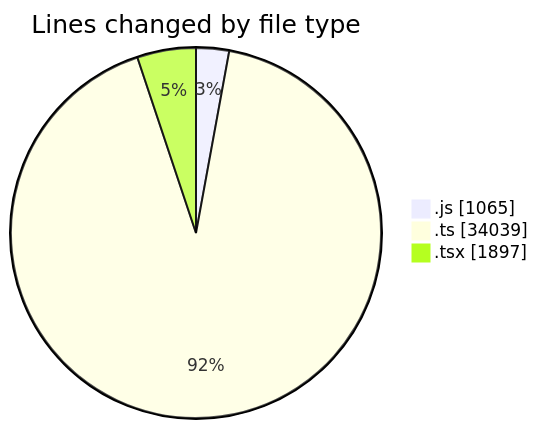
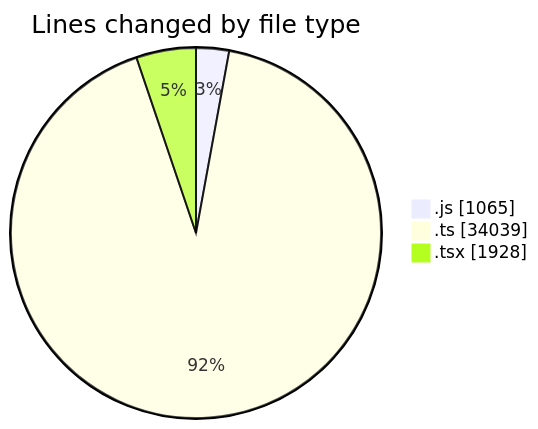
The first of 2 diagrams in 2026-10-06/cda/README.md (momahboobian/code-tracking), drawn with Mermaid before and after one commit. The commit also changed other lines of this file and 1 other file, not shown here.

````diff
--- a/2026-10-06/cda/README.md
+++ b/2026-10-06/cda/README.md
@@ -45,7 +46,7 @@
 ```mermaid
 pie showData
 title Lines changed by file type
 ".js" : 1065
 ".ts" : 34039
-".tsx" : 1897
+".tsx" : 1928
 ```
````
